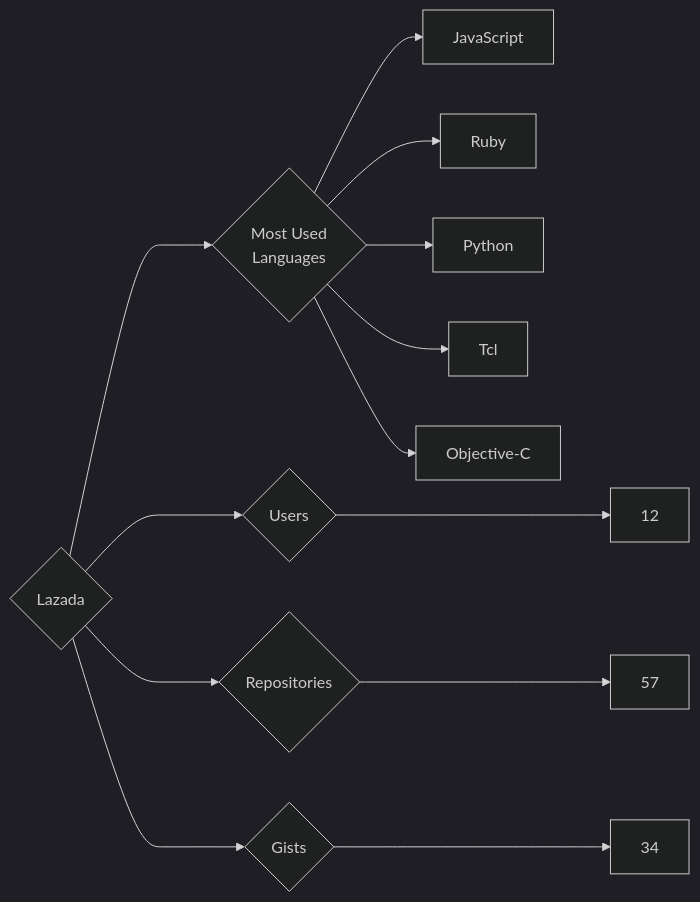
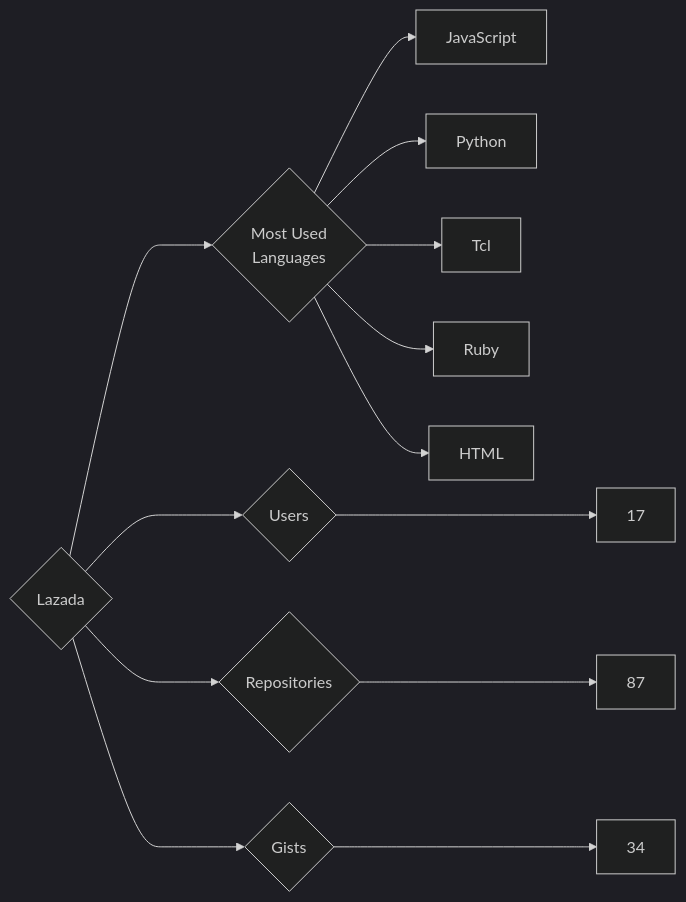
One commit to trickest/insiders changed the diagram in targets/Lazada/README.md. Above: the diagram before and after it, drawn with Mermaid (dark theme). The commit also changed 721 other files, not shown here.

````diff
--- a/targets/Lazada/README.md
+++ b/targets/Lazada/README.md
@@ -3,13 +3,13 @@
 ```mermaid
 graph LR
 COMPANY_NAME{Lazada}
-COMPANY_NAME ---> U{Users} ---> UN[12]
-COMPANY_NAME ---> R{Repositories} ---> RN[57]
+COMPANY_NAME ---> U{Users} ---> UN[17]
+COMPANY_NAME ---> R{Repositories} ---> RN[87]
 COMPANY_NAME ---> G{Gists} ---> GN[34]
 COMPANY_NAME ---> ML{Most Used<br>Languages}
 ML --> JavaScript[JavaScript]
-ML --> Ruby[Ruby]
 ML --> Python[Python]
 ML --> Tcl[Tcl]
-ML --> Objective-C[Objective-C]
+ML --> Ruby[Ruby]
+ML --> HTML[HTML]
 ```
````
